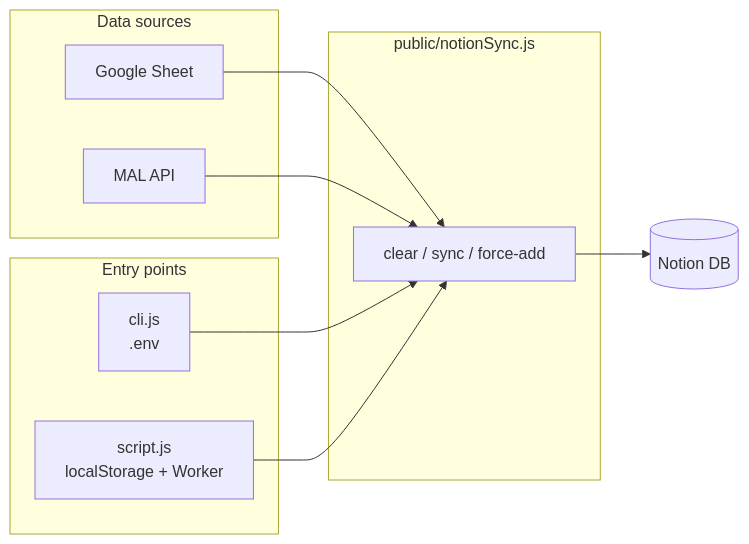
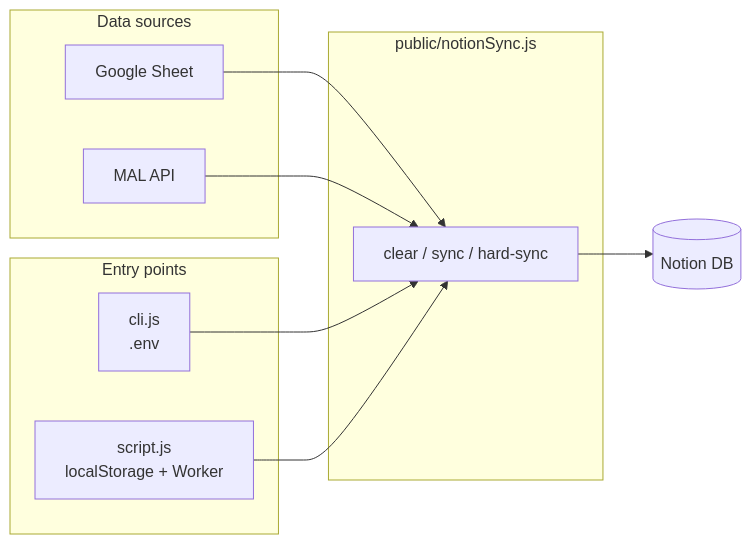
Before and after one commit to kathirmeyyappan/list-update-scripts: the first of 3 diagrams in sync/AGENT_CONTEXT.md, drawn with Mermaid. The commit also changed other lines of this file and 5 other files, not shown here.

Commit message:
Add hard sync functionality

````diff
--- a/sync/AGENT_CONTEXT.md
+++ b/sync/AGENT_CONTEXT.md
@@ -27,20 +27,20 @@
 ```mermaid
 flowchart LR
   subgraph sources["Data sources"]
     Sheet[Google Sheet]
     MAL[MAL API]
   end
   subgraph entry["Entry points"]
     CLI[cli.js\n.env]
     UI[script.js\nlocalStorage + Worker]
   end
   subgraph logic["public/notionSync.js"]
-    Sync[clear / sync / force-add]
+    Sync[clear / sync / hard-sync]
   end
   Notion[(Notion DB)]
   Sheet --> Sync
   MAL --> Sync
   CLI --> Sync
   UI --> Sync
   Sync --> Notion
 ```
````
